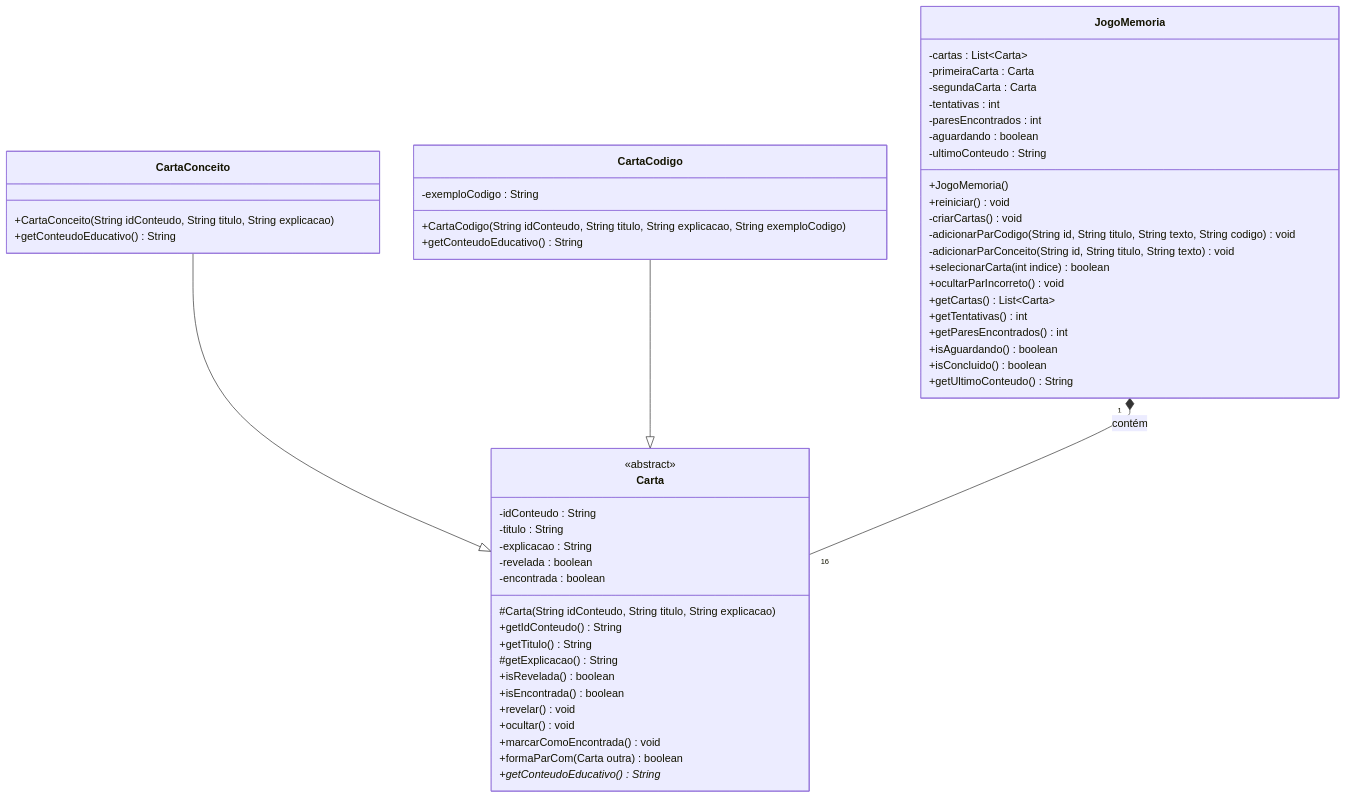
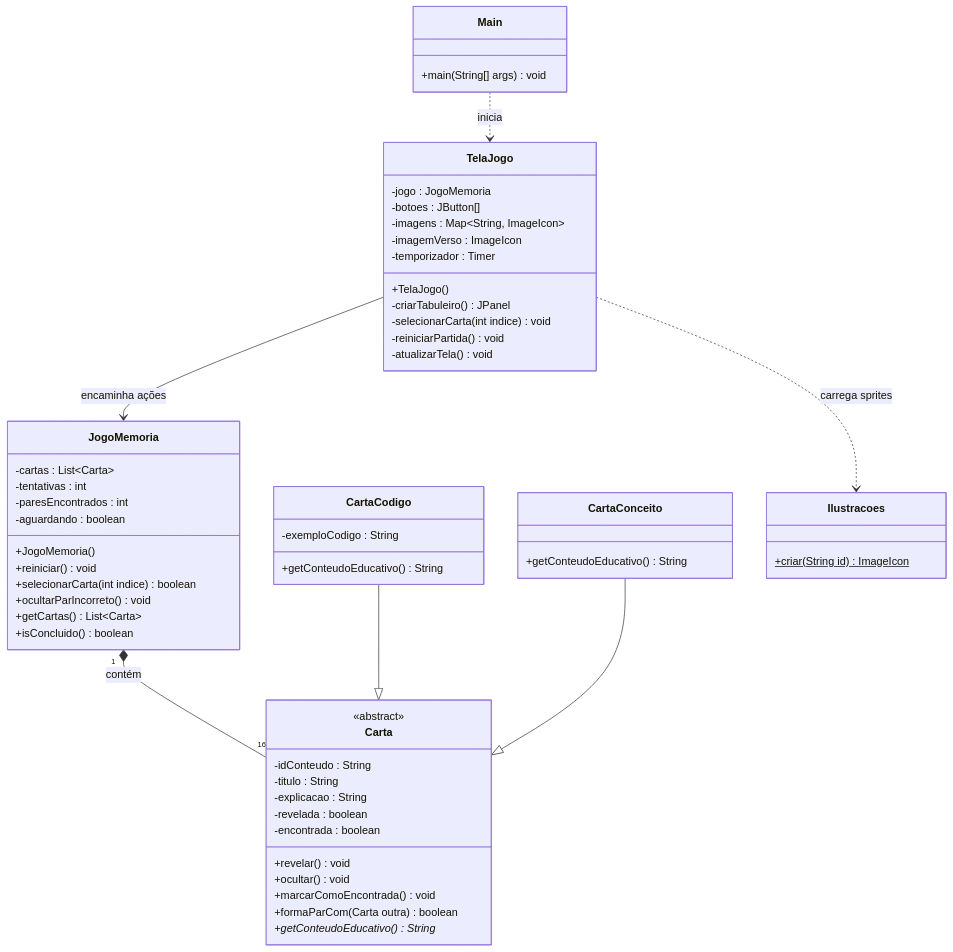
One commit to GustavoTucci/jogo-da-memoria-java changed the diagram in README.md. Above: the diagram before and after it, drawn with Mermaid. The commit also changed other lines of this file, not shown here.

````diff
--- a/README.md
+++ b/README.md
@@ -43,60 +46,66 @@
 ```mermaid
 classDiagram
+    class Main {
+        +main(String[] args) void
+    }
+
+    class TelaJogo {
+        -jogo : JogoMemoria
+        -botoes : JButton[]
+        -imagens : Map~String, ImageIcon~
+        -imagemVerso : ImageIcon
+        -temporizador : Timer
+        +TelaJogo()
+        -criarTabuleiro() JPanel
+        -selecionarCarta(int indice) void
+        -reiniciarPartida() void
+        -atualizarTela() void
+    }
+
+    class JogoMemoria {
+        -cartas : List~Carta~
+        -tentativas : int
+        -paresEncontrados : int
+        -aguardando : boolean
+        +JogoMemoria()
+        +reiniciar() void
+        +selecionarCarta(int indice) boolean
+        +ocultarParIncorreto() void
+        +getCartas() List~Carta~
+        +isConcluido() boolean
+    }
+
     class Carta {
         <<abstract>>
         -idConteudo : String
         -titulo : String
         -explicacao : String
         -revelada : boolean
         -encontrada : boolean
-        #Carta(String idConteudo, String titulo, String explicacao)
-        +getIdConteudo() String
-        +getTitulo() String
-        #getExplicacao() String
-        +isRevelada() boolean
-        +isEncontrada() boolean
         +revelar() void
         +ocultar() void
         +marcarComoEncontrada() void
         +formaParCom(Carta outra) boolean
         +getConteudoEducativo() String*
     }
 
-    class CartaConceito {
-        +CartaConceito(String idConteudo, String titulo, String explicacao)
+    class CartaCodigo {
+        -exemploCodigo : String
         +getConteudoEducativo() String
     }
 
-    class CartaCodigo {
-        -exemploCodigo : String
-        +CartaCodigo(String idConteudo, String titulo, String explicacao, String exemploCodigo)
+    class CartaConceito {
         +getConteudoEducativo() String
     }
 
-    class JogoMemoria {
-        -cartas : List~Carta~
-        -primeiraCarta : Carta
-        -segundaCarta : Carta
-        -tentativas : int
-        -paresEncontrados : int
-        -aguardando : boolean
-        -ultimoConteudo : String
-        +JogoMemoria()
-        +reiniciar() void
-        -criarCartas() void
-        -adicionarParCodigo(String id, String titulo, String texto, String codigo) void
-        -adicionarParConceito(String id, String titulo, String texto) void
-        +selecionarCarta(int indice) boolean
-        +ocultarParIncorreto() void
-        +getCartas() List~Carta~
-        +getTentativas() int
-        +getParesEncontrados() int
-        +isAguardando() boolean
-        +isConcluido() boolean
-        +getUltimoConteudo() String
+    class Ilustracoes {
+        +criar(String id) ImageIcon$
     }
 
+    Main ..> TelaJogo : inicia
+    TelaJogo --> JogoMemoria : encaminha ações
+    TelaJogo ..> Ilustracoes : carrega sprites
+    JogoMemoria "1" *-- "16" Carta : contém
+    CartaCodigo --|> Carta
     CartaConceito --|> Carta
-    CartaCodigo --|> Carta
-    JogoMemoria "1" *-- "16" Carta : contém
 ```
````
